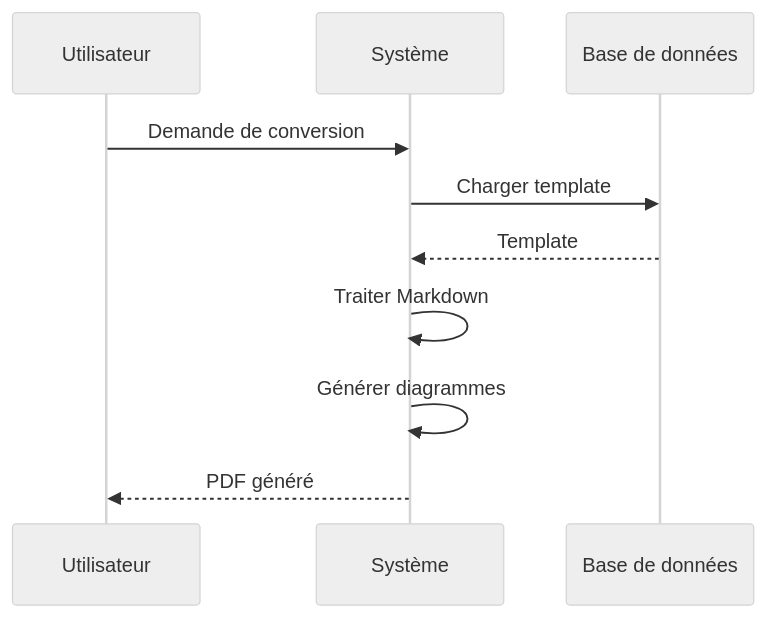
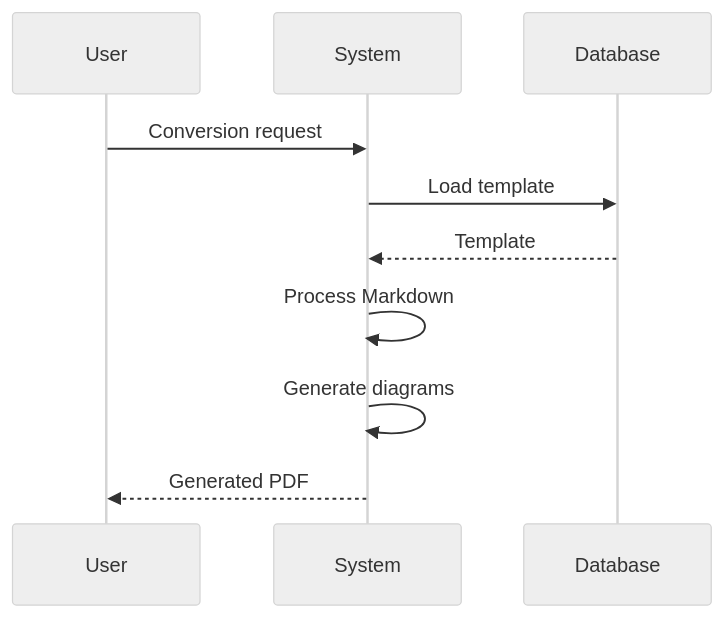
Before and after one commit to pleymor/homebrew-md2pdf: the second of 5 diagrams in example.md, drawn with Mermaid (neutral theme). The commit also changed other lines of this file and 1 other file, not shown here.

````diff
--- a/example.md
+++ b/example.md
@@ -25,13 +25,13 @@
 ```mermaid
 sequenceDiagram
-    participant U as Utilisateur
-    participant S as Système
-    participant D as Base de données
+    participant U as User
+    participant S as System
+    participant D as Database
     
-    U->>S: Demande de conversion
-    S->>D: Charger template
+    U->>S: Conversion request
+    S->>D: Load template
     D-->>S: Template
-    S->>S: Traiter Markdown
-    S->>S: Générer diagrammes
-    S-->>U: PDF généré
+    S->>S: Process Markdown
+    S->>S: Generate diagrams
+    S-->>U: Generated PDF
 ```
````
